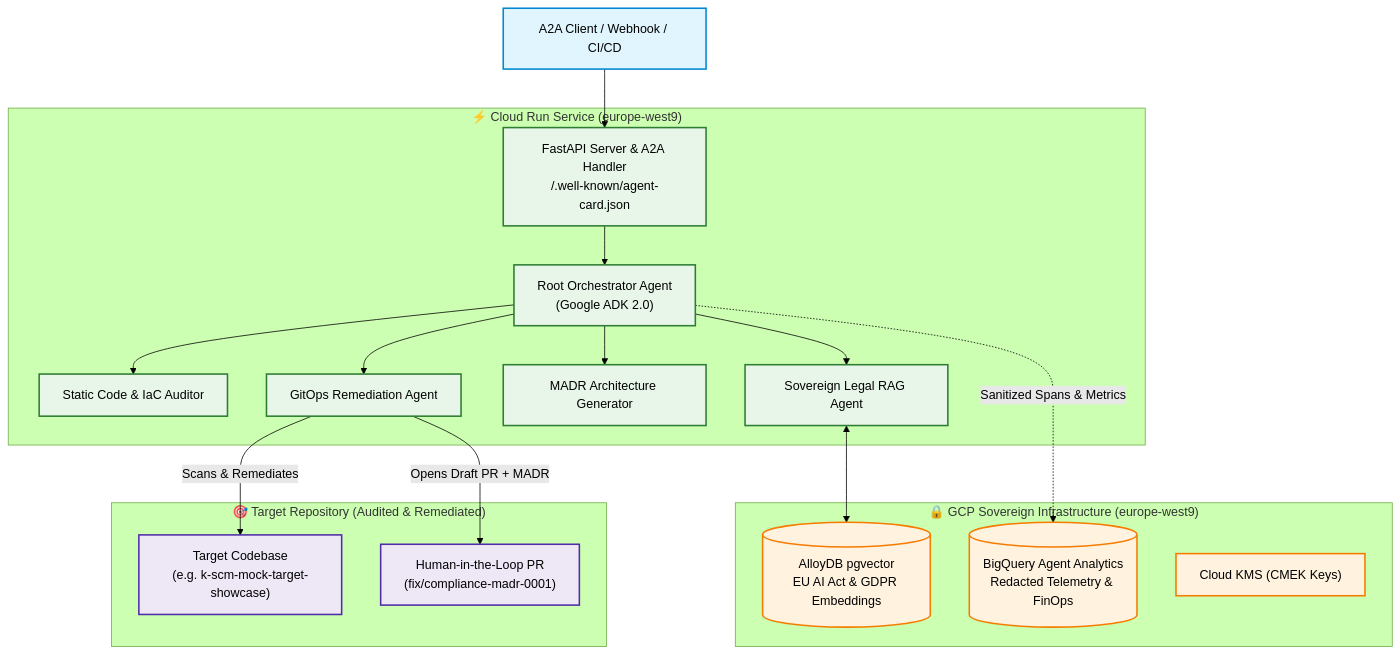
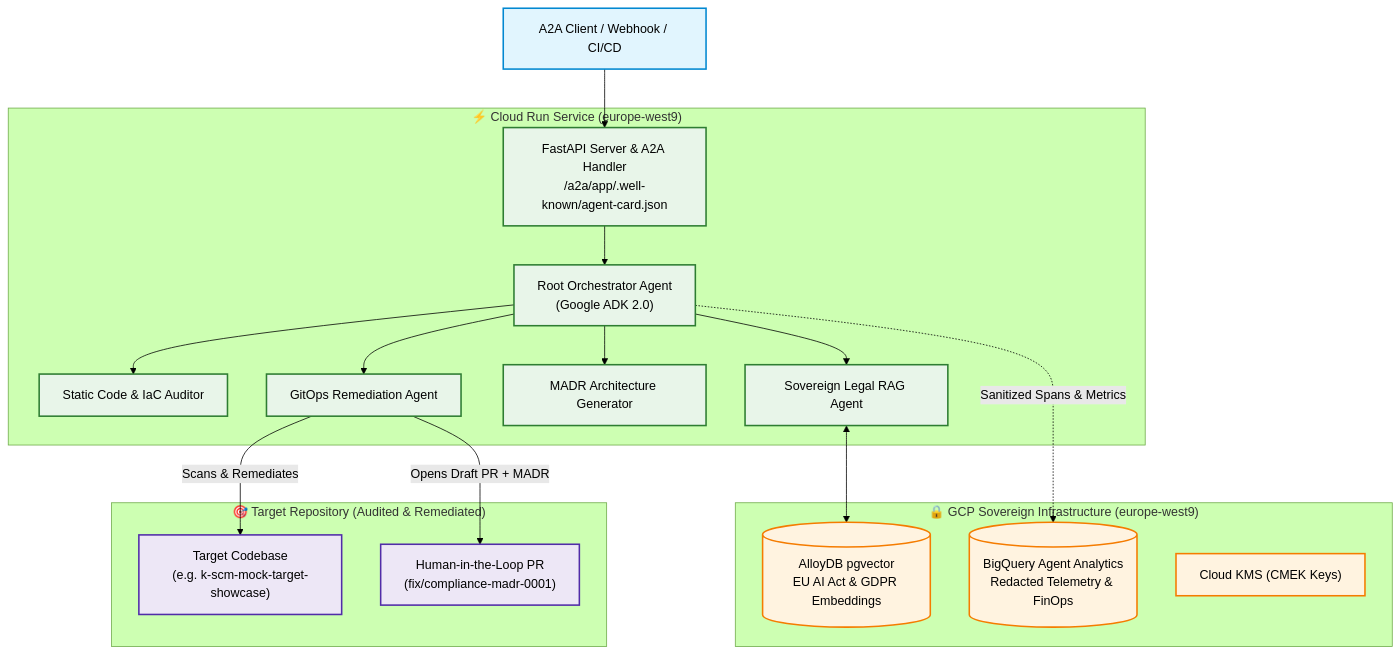
The diagram in README.md (kerdjou-tigroudja/k-scm-showcase), drawn with Mermaid (forest theme) before and after one commit. The commit also changed other lines of this file and 1 other file, not shown here.

Commit message:
docs: clarify Zero-Trust IAM model on Cloud Run and add docs/agent-card.json

````diff
--- a/README.md
+++ b/README.md
@@ -29,42 +30,42 @@
 ```mermaid
 graph TD
     classDef client fill:#E1F5FE,stroke:#0288D1,stroke-width:2px,color:#000;
     classDef agent fill:#E8F5E9,stroke:#2E7D32,stroke-width:2px,color:#000;
     classDef gcp fill:#FFF3E0,stroke:#F57C00,stroke-width:2px,color:#000;
     classDef target fill:#EDE7F6,stroke:#512DA8,stroke-width:2px,color:#000;
 
     Client["A2A Client / Webhook / CI/CD"]:::client
 
     subgraph CloudRun ["⚡ Cloud Run Service (europe-west9)"]
-        FastAPIApp["FastAPI Server & A2A Handler<br>/.well-known/agent-card.json"]:::agent
+        FastAPIApp["FastAPI Server & A2A Handler<br>/a2a/app/.well-known/agent-card.json"]:::agent
         Orchestrator["Root Orchestrator Agent<br>(Google ADK 2.0)"]:::agent
         
         Auditor["Static Code & IaC Auditor"]:::agent
         RAGAgent["Sovereign Legal RAG Agent"]:::agent
         ADRAgent["MADR Architecture Generator"]:::agent
         GitOpsAgent["GitOps Remediation Agent"]:::agent
         
         Orchestrator --> Auditor
         Orchestrator --> RAGAgent
         Orchestrator --> ADRAgent
         Orchestrator --> GitOpsAgent
     end
 
     subgraph SovereignStorage ["🔒 GCP Sovereign Infrastructure (europe-west9)"]
         AlloyDB[("AlloyDB pgvector<br>EU AI Act & GDPR Embeddings")]:::gcp
         BigQuery[("BigQuery Agent Analytics<br>Redacted Telemetry & FinOps")]:::gcp
         KMS["Cloud KMS (CMEK Keys)"]:::gcp
     end
 
     subgraph SandboxTarget ["🎯 Target Repository (Audited & Remediated)"]
         MockRepo["Target Codebase<br>(e.g. k-scm-mock-target-showcase)"]:::target
         PullRequest["Human-in-the-Loop PR<br>(fix/compliance-madr-0001)"]:::target
     end
 
     Client --> FastAPIApp
     FastAPIApp --> Orchestrator
     RAGAgent <--> AlloyDB
     GitOpsAgent -->|Scans & Remediates| MockRepo
     GitOpsAgent -->|Opens Draft PR + MADR| PullRequest
     Orchestrator -.->|Sanitized Spans & Metrics| BigQuery
 ```
````
